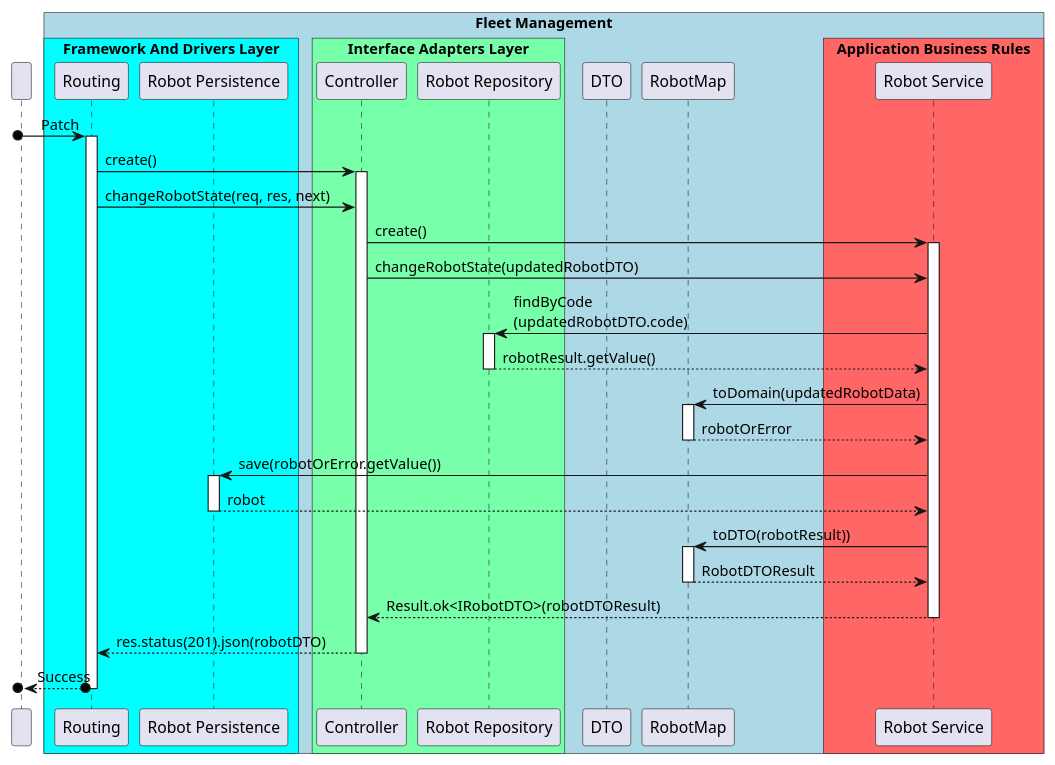
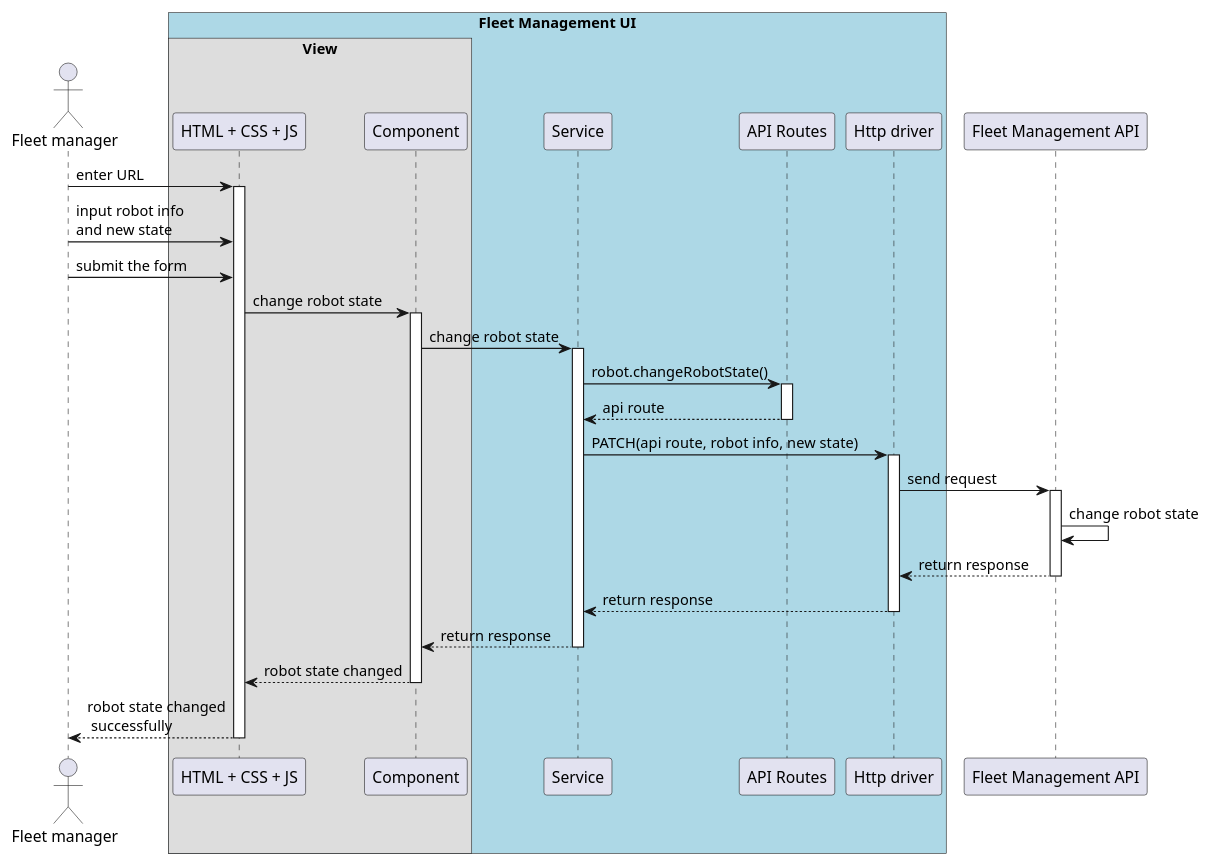
Before and after one commit to winqus/RobDroneGo: the diagram in docs/US/Sprint_B/ID-370-ID-1020/SD lv3.puml, drawn with PlantUML. The commit also changed 4 other files, not shown here.

```diff
--- a/docs/US/Sprint_B/ID-370-ID-1020/SD lv3.puml
+++ b/docs/US/Sprint_B/ID-370-ID-1020/SD lv3.puml
@@ -1,71 +1,60 @@
 @startuml SD Lv3
 
 !pragma teoz true
 
+actor "Fleet manager" as fleet
+box "Fleet Management UI" #LightBlue
 
-participant " "
-box "Fleet Management" #LightBlue
-
-    box "Framework And Drivers Layer" #00ffff
-        participant Routing
-        participant "Robot Persistence" as Schema
+    box "View"
+        participant "HTML + CSS + JS" as html
+        participant "Component" as component
     end box
-
-    box "Interface Adapters Layer" #77ffaa
-        participant Controller
-        participant "Robot Repository" as Repository
-    end box
-
-    participant DTO
-    participant RobotMap as Map
-    box "Application Business Rules" #ff6666
-        participant "Robot Service" as RobotS
-    end box
+    participant "Service" as service
+    participant "API Routes" as API_ROUTES
+    participant "Http driver" as http
 
 end box
+participant "Fleet Management API" as fleetAPI
 
+fleet -> html : enter URL
+activate html
+fleet -> html : input robot info\nand new state
+fleet -> html : submit the form
 
-[o-> Routing : Patch
-activate Routing
+    html -> component : change robot state
+    activate component
 
-    Routing -> Controller : create()
-    activate Controller
-    Routing -> Controller : changeRobotState(req, res, next)
-        Controller -> RobotS : create()
-        activate RobotS
-            Controller -> RobotS : changeRobotState(updatedRobotDTO)
+        component -> service : change robot state
+        activate service
 
-            RobotS -> Repository : findByCode\n(updatedRobotDTO.code)
+            service -> API_ROUTES : robot.changeRobotState()
+            activate API_ROUTES
 
-            activate Repository
-                Repository --> RobotS : robotResult.getValue()
-            deactivate Repository
+            API_ROUTES --> service : api route
+            deactivate API_ROUTES
 
-                RobotS -> Map : toDomain(updatedRobotData)
-                activate Map
-                    Map --> RobotS : robotOrError
-                deactivate Map
+            service -> http : PATCH(api route, robot info, new state)
+            activate http
 
-                RobotS -> Schema : save(robotOrError.getValue())
+                http -> fleetAPI : send request
+                activate fleetAPI
 
-                activate Schema
-                    Schema --> RobotS : robot
-                deactivate Schema
+                    fleetAPI -> fleetAPI : change robot state
+                    
+                fleetAPI --> http : return response
+                deactivate fleetAPI
 
-            deactivate Repository
+            http --> service : return response
+            deactivate http
 
-            RobotS -> Map : toDTO(robotResult))
-            activate Map
-                Map --> RobotS : RobotDTOResult
-            deactivate Map
-            RobotS --> Controller : Result.ok<IRobotDTO>(robotDTOResult)
-        deactivate RobotS
+        service --> component : return response
+        deactivate service
 
-    Controller --> Routing : res.status(201).json(robotDTO)
-    deactivate Controller
+    component --> html : robot state changed 
+    deactivate component
 
-[o<--o Routing : Success
-deactivate Routing
+html --> fleet : robot state changed\n successfully
+deactivate html
 
 
 @enduml
```
